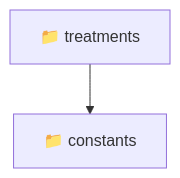
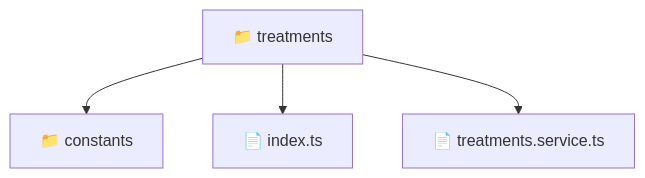
Before and after one commit to beginwebdev2002/fullstack-mavluda: the diagram in frontend/src/entities/treatments/README.md, drawn with Mermaid. The commit also changed other lines of this file and 165 other files, not shown here.

First line of the commit message:
docs: generate localized architectural READMEs

````diff
--- a/frontend/src/entities/treatments/README.md
+++ b/frontend/src/entities/treatments/README.md
@@ -10,5 +11,7 @@
 ```mermaid
 graph TD
-  Root["📁 treatments"]
-  Root --> constants["📁 constants"]
+  treatments["📁 treatments"]
+  treatments --> constants["📁 constants"]
+  treatments --> index_ts["📄 index.ts"]
+  treatments --> treatments_service_ts["📄 treatments.service.ts"]
 ```
````
